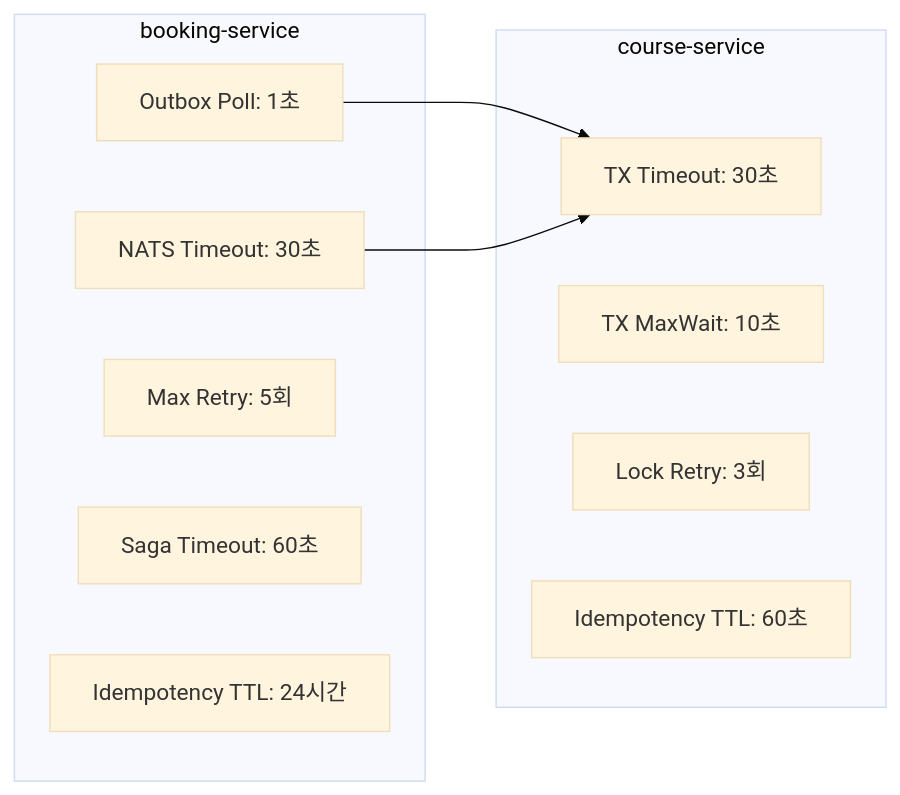
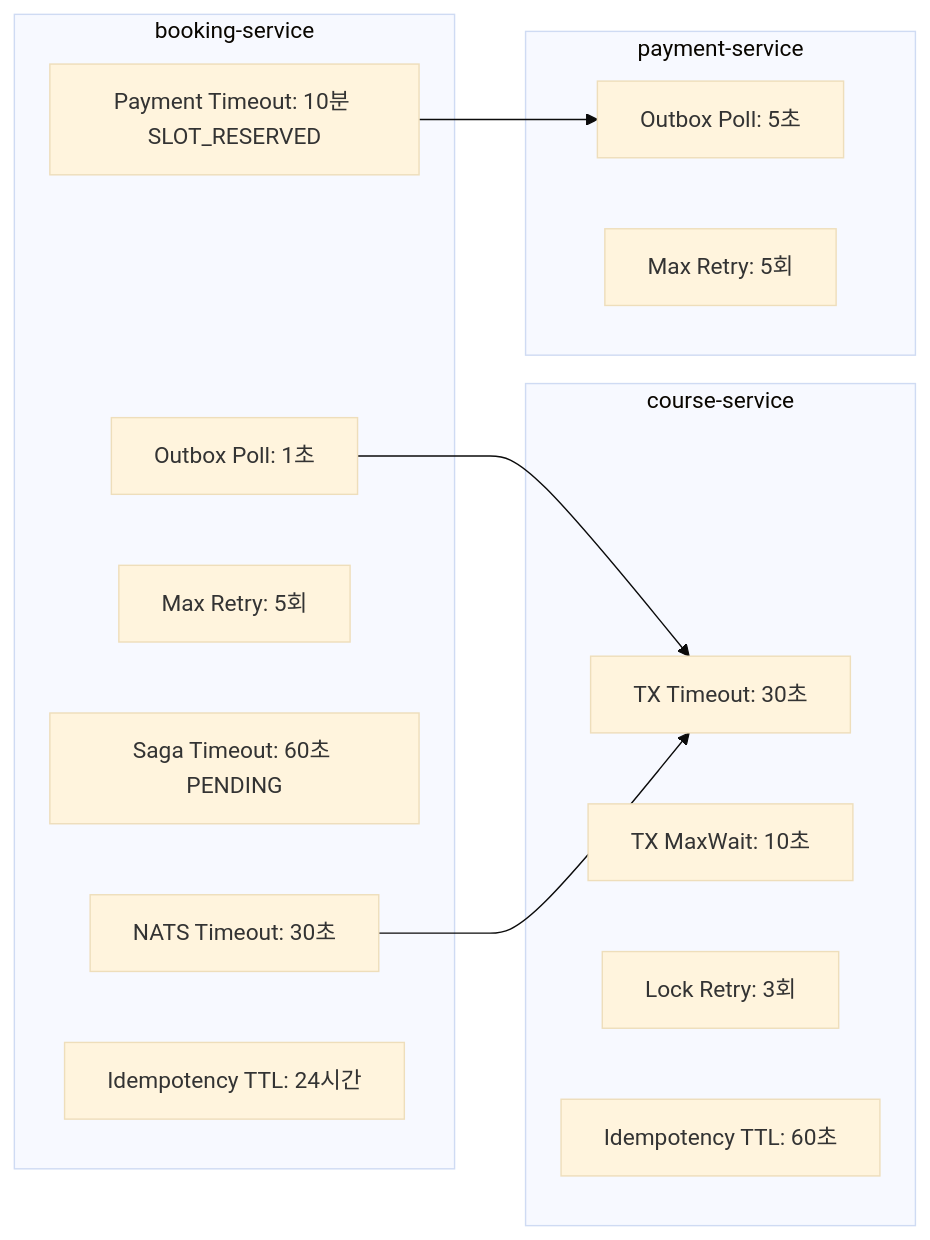
The tenth of 12 diagrams in docs/BOOKING_WORKFLOW.md (uniyous/parkgolf-platform), drawn with Mermaid (base theme) before and after one commit. The commit also changed other lines of this file and 4 other files, not shown here.

First line of the commit message:
feat(booking): Saga에 결제 프로세스 통합 (SLOT_RESERVED 활성화)

````diff
--- a/docs/BOOKING_WORKFLOW.md
+++ b/docs/BOOKING_WORKFLOW.md
@@ -498,20 +632,27 @@
 ```mermaid
 flowchart LR
     subgraph "booking-service"
         A[Outbox Poll: 1초]
         B[NATS Timeout: 30초]
         C[Max Retry: 5회]
-        D[Saga Timeout: 60초]
+        D[Saga Timeout: 60초 PENDING]
+        D2[Payment Timeout: 10분 SLOT_RESERVED]
         E[Idempotency TTL: 24시간]
     end
 
     subgraph "course-service"
         F[TX Timeout: 30초]
         G[TX MaxWait: 10초]
         H[Lock Retry: 3회]
         I[Idempotency TTL: 60초]
     end
 
+    subgraph "payment-service"
+        J[Outbox Poll: 5초]
+        K[Max Retry: 5회]
+    end
+
     A --> F
     B --> F
+    D2 --> J
 ```
````
